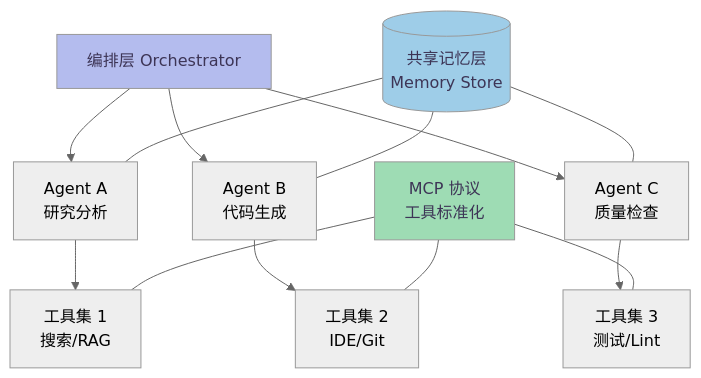
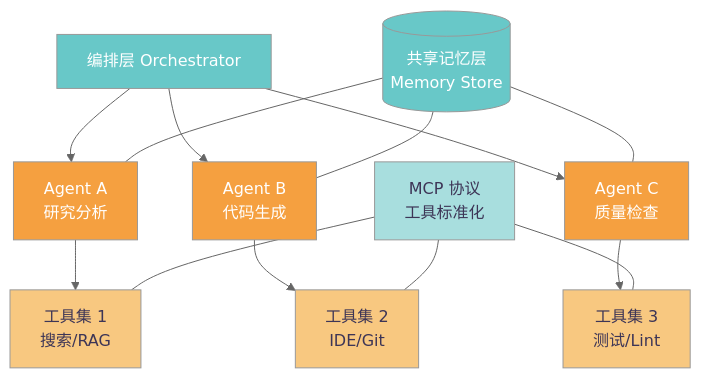
Before and after one commit to caoping0623/caoping0623.github.io: the ninth of 12 diagrams in _posts/2026-04-15-ai-agent.md, drawn with Mermaid (neutral theme). The commit also changed other lines of this file and 1 other file, not shown here.

First line of the commit message:
Update flowchart color scheme to match reference: teal/orange nodes, lavender arrows, pink subgraph containers

```diff
--- a/_posts/2026-04-15-ai-agent.md
+++ b/_posts/2026-04-15-ai-agent.md
@@ -318,22 +322,28 @@
 <div class="mermaid">
 graph TB
     O[编排层 Orchestrator] --> A1[Agent A<br/>研究分析]
     O --> A2[Agent B<br/>代码生成]
     O --> A3[Agent C<br/>质量检查]
 
     A1 --> T1[工具集 1<br/>搜索/RAG]
     A2 --> T2[工具集 2<br/>IDE/Git]
     A3 --> T3[工具集 3<br/>测试/Lint]
 
     MEM[(共享记忆层<br/>Memory Store)] --- A1
     MEM --- A2
     MEM --- A3
 
     MCP[MCP 协议<br/>工具标准化] --- T1
     MCP --- T2
     MCP --- T3
 
-    style O fill:#b4bcee,color:#3d3556
-    style MEM fill:#9ecde8,color:#3d3556
-    style MCP fill:#9edcb4,color:#3d3556
+    style O fill:#68c8c8,color:#ffffff
+    style A1 fill:#f5a040,color:#ffffff
+    style A2 fill:#f5a040,color:#ffffff
+    style A3 fill:#f5a040,color:#ffffff
+    style T1 fill:#f8c880,color:#3d3556
+    style T2 fill:#f8c880,color:#3d3556
+    style T3 fill:#f8c880,color:#3d3556
+    style MEM fill:#68c8c8,color:#ffffff
+    style MCP fill:#a8dede,color:#3d3556
 </div>
```
